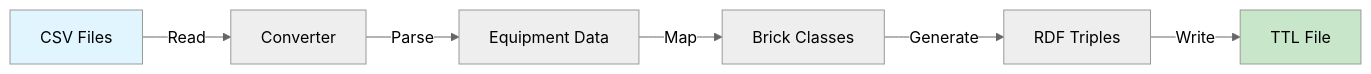
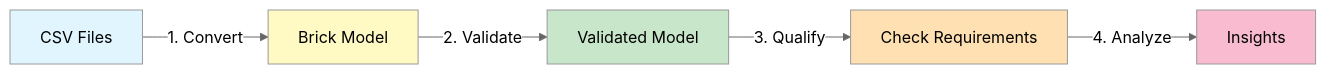
One commit to CenterForTheBuiltEnvironment/HHW_brick changed the diagram in docs/getting-started/quick-start.md. Above: the diagram before and after it, drawn with Mermaid (neutral theme). The commit also changed other lines of this file and 4 other files, not shown here.

````diff
--- a/docs/getting-started/quick-start.md
+++ b/docs/getting-started/quick-start.md
@@ -146,11 +303,13 @@
 ```mermaid
 graph LR
-    A[CSV Files] -->|Read| B[Converter]
-    B -->|Parse| C[Equipment Data]
-    C -->|Map| D[Brick Classes]
-    D -->|Generate| E[RDF Triples]
-    E -->|Write| F[TTL File]
+    A[CSV Files] -->|1. Convert| B[Brick Model]
+    B -->|2. Validate| C[Validated Model]
+    C -->|3. Qualify| D[Check Requirements]
+    D -->|4. Analyze| E[Insights]
 
     style A fill:#e1f5ff
-    style F fill:#c8e6c9
+    style B fill:#fff9c4
+    style C fill:#c8e6c9
+    style D fill:#ffe0b2
+    style E fill:#f8bbd0
 ```
````
